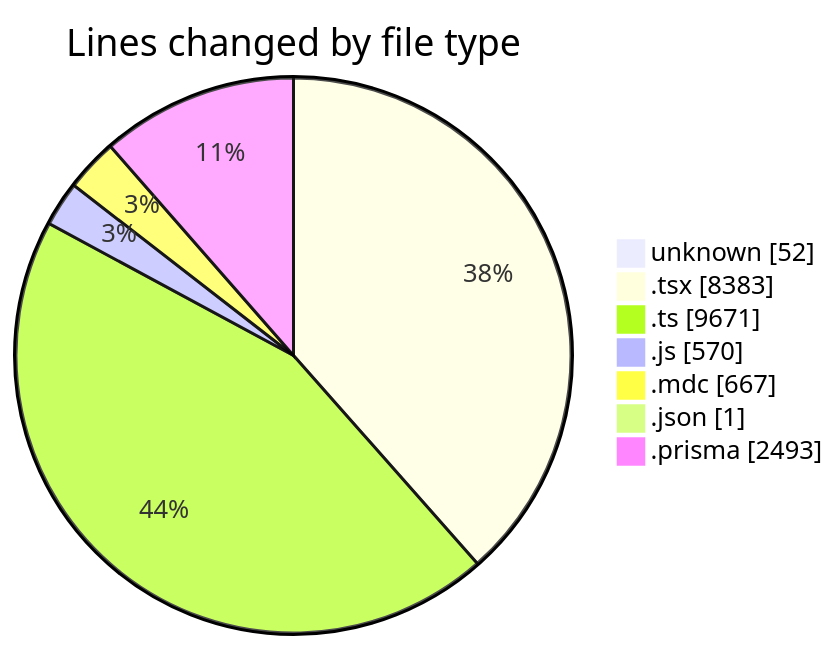
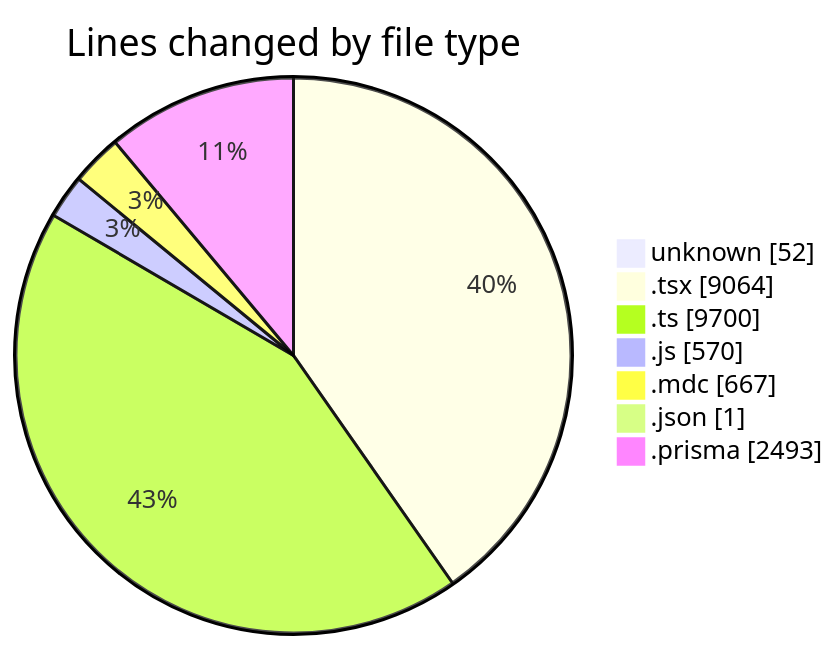
Before and after one commit to CELIANVF/code-tracking: the first of 2 diagrams in 2025-06-02/ecodeli-1/README.md, drawn with Mermaid. The commit also changed other lines of this file and 1 other file, not shown here.

````diff
--- a/2025-06-02/ecodeli-1/README.md
+++ b/2025-06-02/ecodeli-1/README.md
@@ -91,11 +91,11 @@
 ```mermaid
 pie showData
 title Lines changed by file type
 "unknown" : 52
-".tsx" : 8383
-".ts" : 9671
+".tsx" : 9064
+".ts" : 9700
 ".js" : 570
 ".mdc" : 667
 ".json" : 1
 ".prisma" : 2493
 ```
````
